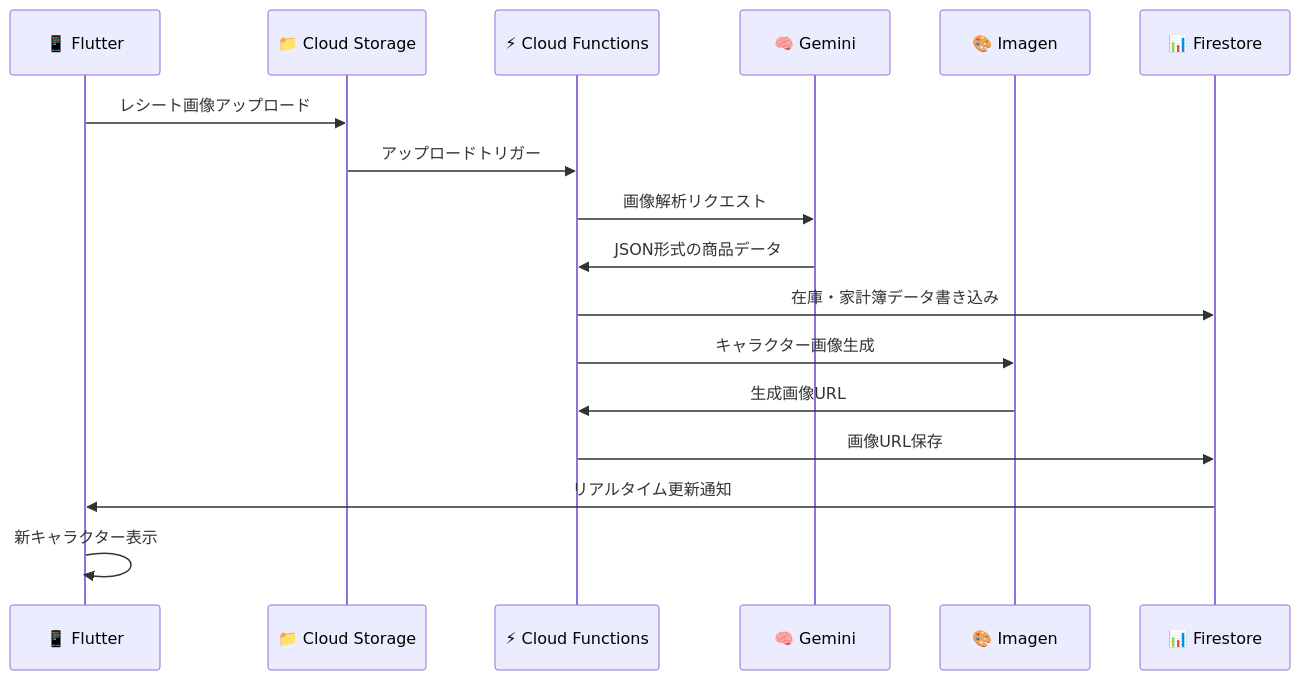
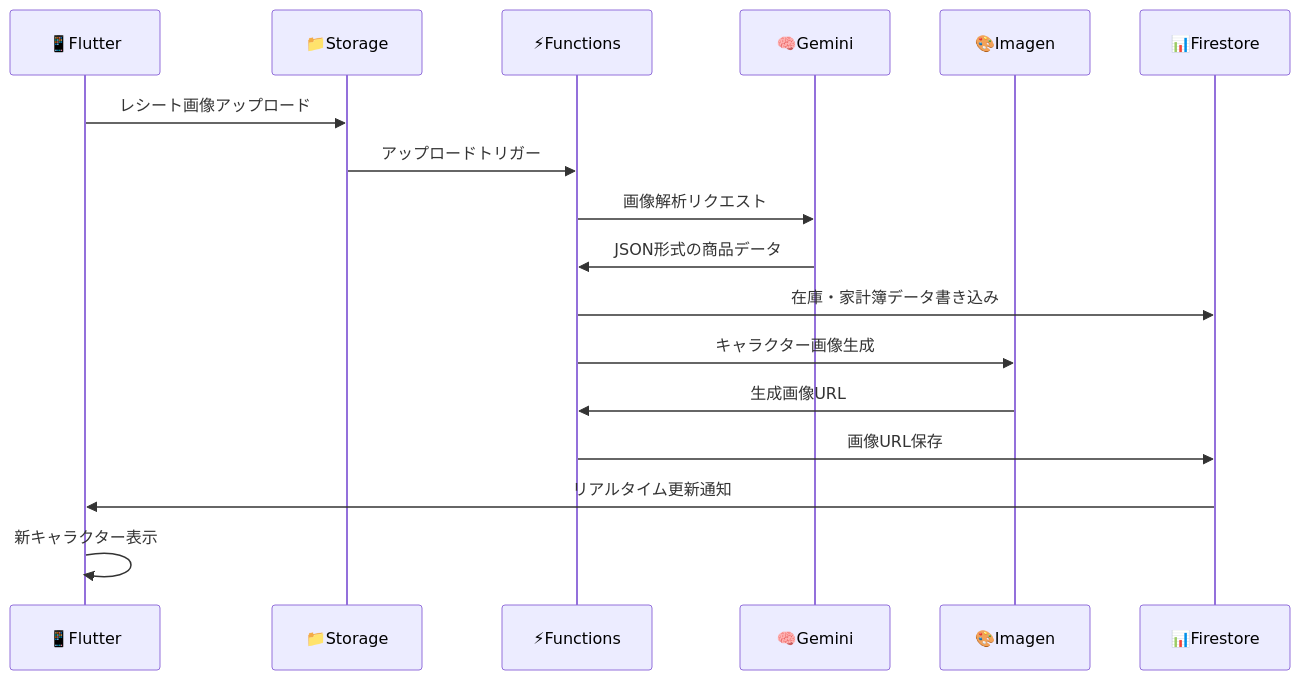
The second of 3 diagrams in architecture.md (Moyarzabal/GCP-Hackathon-F06), drawn with Mermaid before and after one commit. The commit also changed other lines of this file, not shown here.

First line of the commit message:
fix: 🔧 Mermaid図の構文エラーを修正

````diff
--- a/architecture.md
+++ b/architecture.md
@@ -159,20 +159,20 @@
 ```mermaid
 sequenceDiagram
-    participant U as 📱 Flutter
-    participant S as 📁 Cloud Storage
-    participant F as ⚡ Cloud Functions
-    participant G as 🧠 Gemini
-    participant I as 🎨 Imagen
-    participant DB as 📊 Firestore
+    participant U as 📱Flutter
+    participant S as 📁Storage
+    participant F as ⚡Functions
+    participant G as 🧠Gemini
+    participant I as 🎨Imagen
+    participant DB as 📊Firestore
 
     U->>S: レシート画像アップロード
     S->>F: アップロードトリガー
     F->>G: 画像解析リクエスト
     G->>F: JSON形式の商品データ
     F->>DB: 在庫・家計簿データ書き込み
     F->>I: キャラクター画像生成
     I->>F: 生成画像URL
     F->>DB: 画像URL保存
     DB->>U: リアルタイム更新通知
     U->>U: 新キャラクター表示
 ```
````
